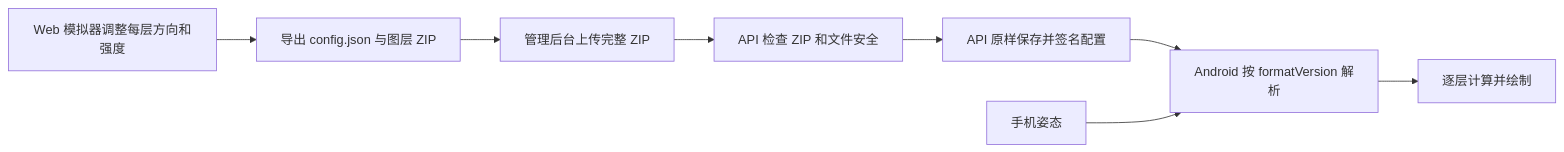
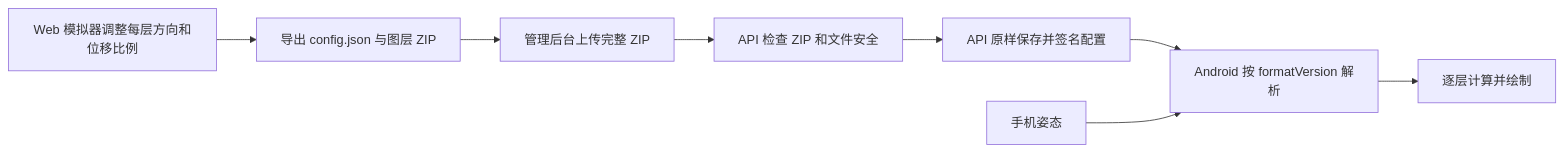
Before and after one commit to Jerry1254/wallpapersapp: the diagram in docs/02-系统架构/ARC-003-4D分层视差壁纸原理.md, drawn with Mermaid. The commit also changed other lines of this file and 15 other files, not shown here.

````diff
--- a/docs/02-系统架构/ARC-003-4D分层视差壁纸原理.md
+++ b/docs/02-系统架构/ARC-003-4D分层视差壁纸原理.md
@@ -83,10 +83,10 @@
 ```mermaid
 flowchart LR
-    A[Web 模拟器调整每层方向和强度] --> B[导出 config.json 与图层 ZIP]
+    A[Web 模拟器调整每层方向和位移比例] --> B[导出 config.json 与图层 ZIP]
     B --> C[管理后台上传完整 ZIP]
     C --> D[API 检查 ZIP 和文件安全]
     D --> E[API 原样保存并签名配置]
     E --> F[Android 按 formatVersion 解析]
     G[手机姿态] --> F
     F --> H[逐层计算并绘制]
 ```
````
